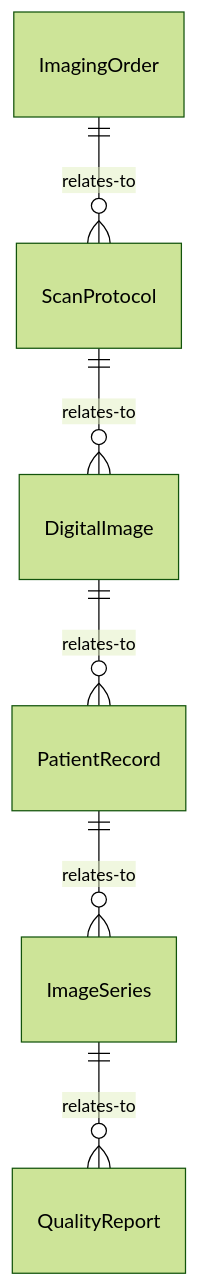
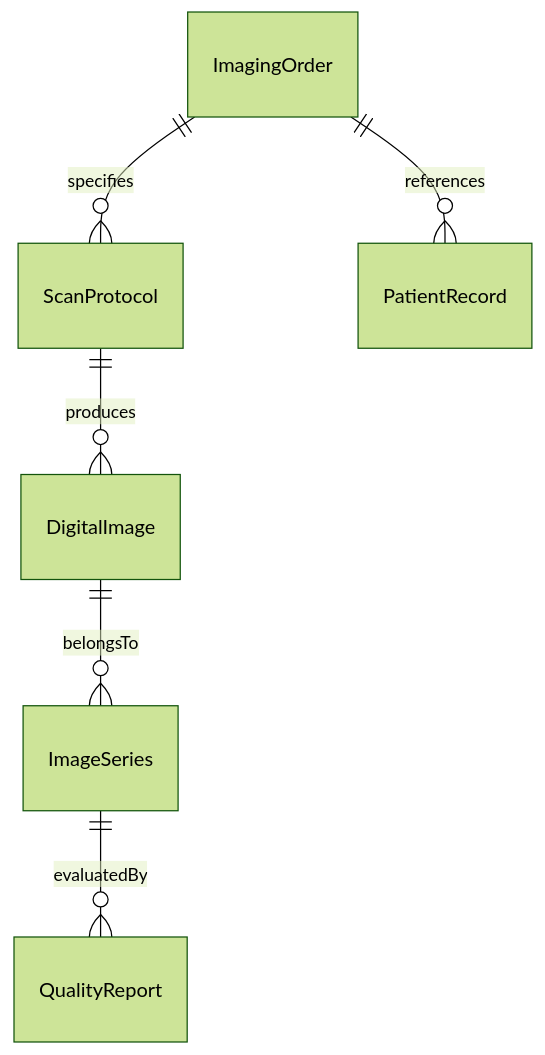
One commit to dot-org-ai/tasks.org.ai changed the first of 4 diagrams in ControllingMachinesAndProcesses/OperateMedicalEquipment/CreateAdvancedDigitalImagesPatients.mdx. Above: the diagram before and after it, drawn with Mermaid (forest theme). The commit also changed other lines of this file and 515 other files, not shown here.

````diff
--- a/ControllingMachinesAndProcesses/OperateMedicalEquipment/CreateAdvancedDigitalImagesPatients.mdx
+++ b/ControllingMachinesAndProcesses/OperateMedicalEquipment/CreateAdvancedDigitalImagesPatients.mdx
@@ -87,8 +87,8 @@
 ```mermaid
 erDiagram
-    ImagingOrder ||--o{ ScanProtocol : relates-to
-    ScanProtocol ||--o{ DigitalImage : relates-to
-    DigitalImage ||--o{ PatientRecord : relates-to
-    PatientRecord ||--o{ ImageSeries : relates-to
-    ImageSeries ||--o{ QualityReport : relates-to
+    ImagingOrder ||--o{ ScanProtocol : specifies
+    ScanProtocol ||--o{ DigitalImage : produces
+    ImagingOrder ||--o{ PatientRecord : references
+    DigitalImage ||--o{ ImageSeries : belongsTo
+    ImageSeries ||--o{ QualityReport : evaluatedBy
 ```
````
